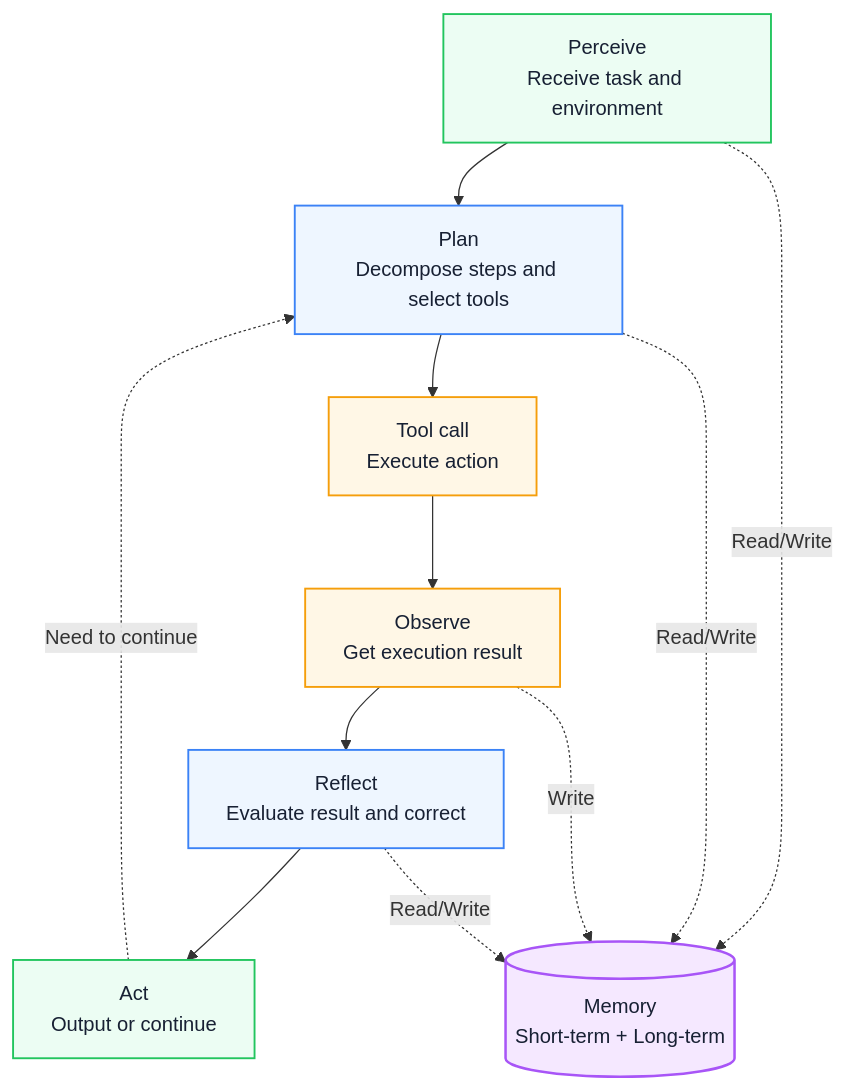
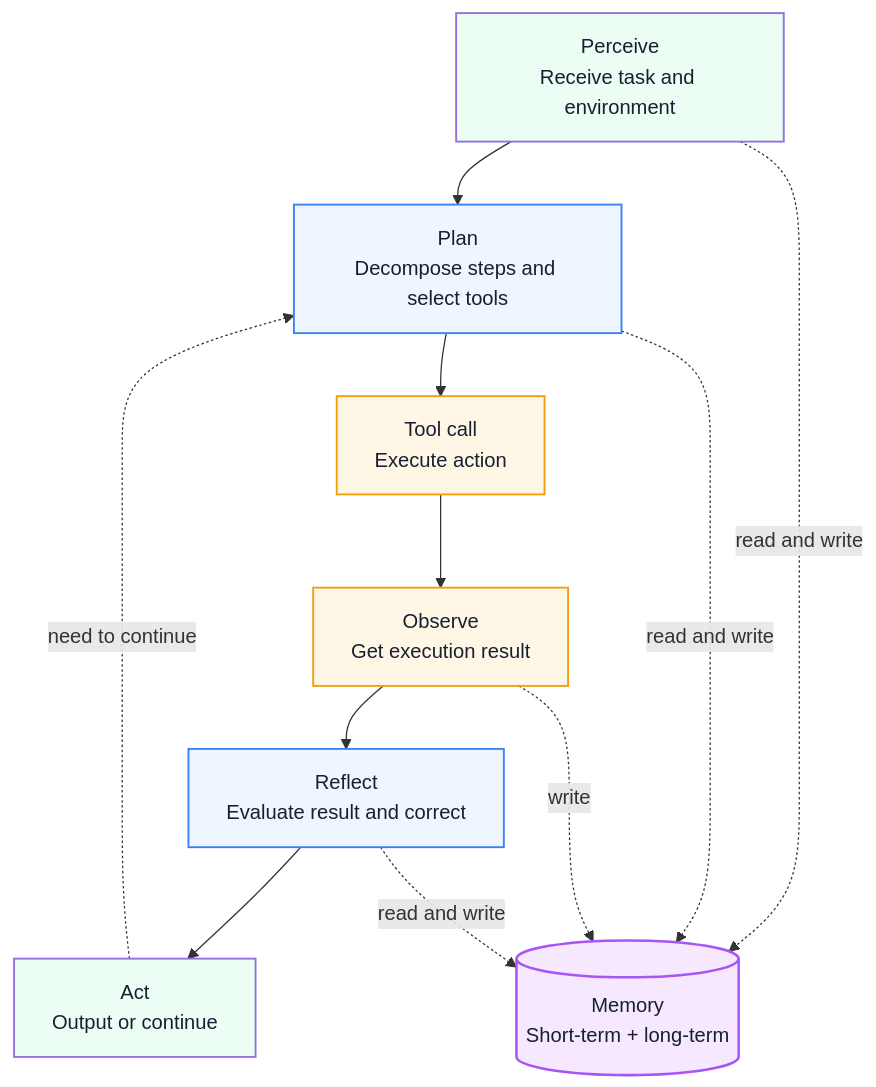
Before and after one commit to Fatejian/frontier-vault: the fourth of 5 diagrams in docs/en/ai/ai-agent-tech-understanding.md, drawn with Mermaid. The commit also changed other lines of this file and 41 other files, not shown here.

````diff
--- a/docs/en/ai/ai-agent-tech-understanding.md
+++ b/docs/en/ai/ai-agent-tech-understanding.md
@@ -335,35 +363,34 @@
 ```mermaid
-%%{init: {'theme': 'base', 'themeVariables': { 'fontFamily': 'Inter, PingFang SC, Microsoft YaHei, sans-serif', 'primaryColor': '#F8FAFC', 'primaryTextColor': '#172033', 'primaryBorderColor': '#CBD5E1', 'lineColor': '#64748B, 'fontSize': '13px'}}}%%
 flowchart TB
     Perceive["Perceive<br/>Receive task and environment"]
     Plan["Plan<br/>Decompose steps and select tools"]
     ToolCall["Tool call<br/>Execute action"]
     Observe["Observe<br/>Get execution result"]
     Reflect["Reflect<br/>Evaluate result and correct"]
     Act["Act<br/>Output or continue"]
 
     Perceive --> Plan
     Plan --> ToolCall
     ToolCall --> Observe
     Observe --> Reflect
     Reflect --> Act
-    Act -. Need to continue .-> Plan
+    Act -. need to continue .-> Plan
 
-    Memory[("Memory<br/>Short-term + Long-term")]
+    Memory[("Memory<br/>Short-term + long-term")]
 
-    Perceive -. Read/Write .-> Memory
-    Plan -. Read/Write .-> Memory
-    Observe -. Write .-> Memory
-    Reflect -. Read/Write .-> Memory
+    Perceive -. read and write .-> Memory
+    Plan -. read and write .-> Memory
+    Observe -. write .-> Memory
+    Reflect -. read and write .-> Memory
 
     classDef core fill:#172033,color:#fff,stroke:#172033,stroke-width:2px;
     classDef wait fill:#EEF6FF,stroke:#3B82F6,color:#172033,stroke-width:1.5px;
     classDef block fill:#FFF7E6,stroke:#F59E0B,color:#172033,stroke-width:1.5px;
-    classDef work fill:#ECFDF3,stroke:#22C55E,color:#172033,stroke-width:1.5px;
+    classDef work fill:#ECFDF3,color:#22C55E,color:#172033,stroke-width:1.5px;
     classDef metric fill:#F5E8FF,stroke:#A855F7,color:#172033,stroke-width:2px;
 
     class Perceive,Act work;
     class Plan,Reflect wait;
     class ToolCall,Observe block;
     class Memory metric;
 ```
````
